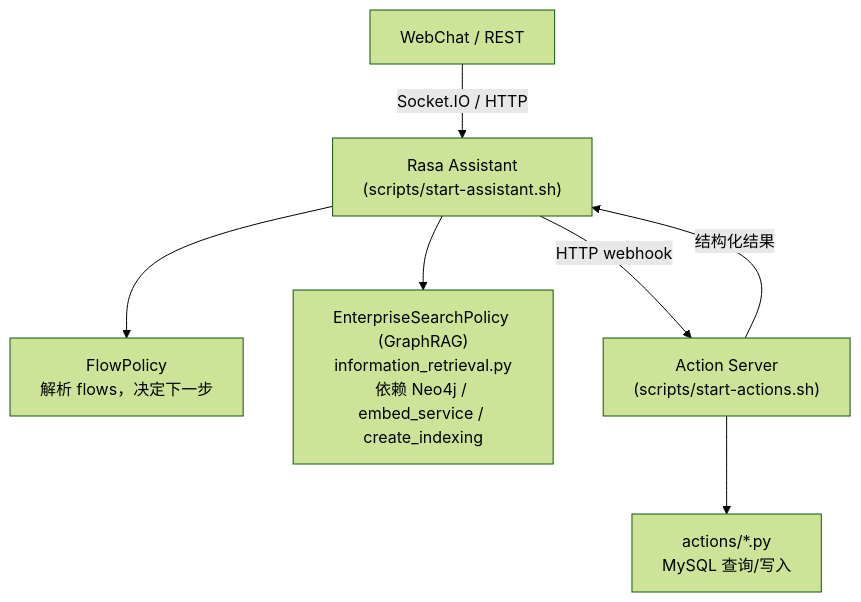
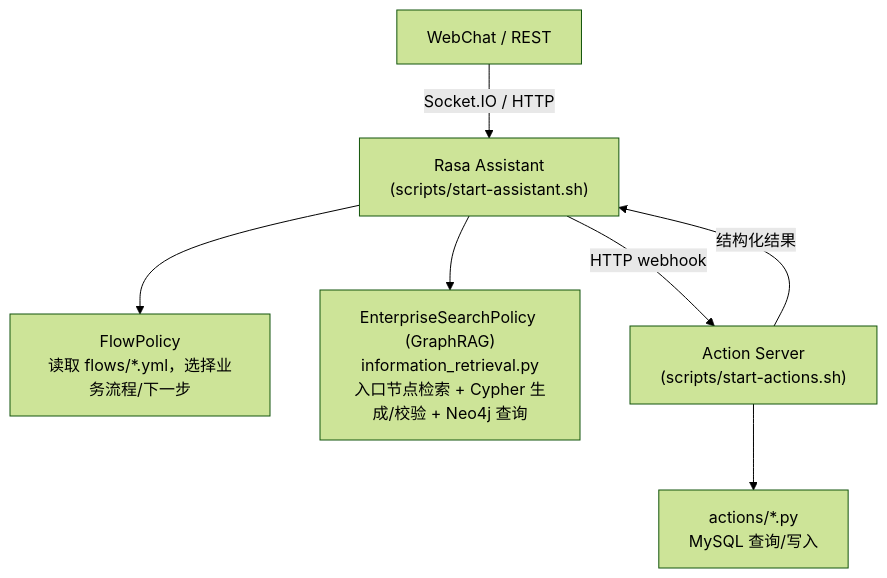
One commit to deyongTang/rasa_shop changed the second of 2 diagrams in README.md. Above: the diagram before and after it, drawn with Mermaid (forest theme). The commit also changed other lines of this file, not shown here.

````diff
--- a/README.md
+++ b/README.md
@@ -234,9 +234,9 @@
 ```mermaid
 flowchart TD
   C["WebChat / REST"] -->|Socket.IO / HTTP| S["Rasa Assistant<br/>(scripts/start-assistant.sh)"]
-  S --> FP["FlowPolicy<br/>解析 flows，决定下一步"]
-  S --> ESP["EnterpriseSearchPolicy (GraphRAG)<br/>information_retrieval.py<br/>依赖 Neo4j / embed_service / create_indexing"]
+  S --> FP["FlowPolicy<br/>读取 flows/*.yml，选择业务流程/下一步"]
+  S --> ESP["EnterpriseSearchPolicy (GraphRAG)<br/>information_retrieval.py<br/>入口节点检索 + Cypher 生成/校验 + Neo4j 查询"]
   S -->|HTTP webhook| AS["Action Server<br/>(scripts/start-actions.sh)"]
   AS --> ADB["actions/*.py<br/>MySQL 查询/写入"]
   AS -->|结构化结果| S
 ```
````
